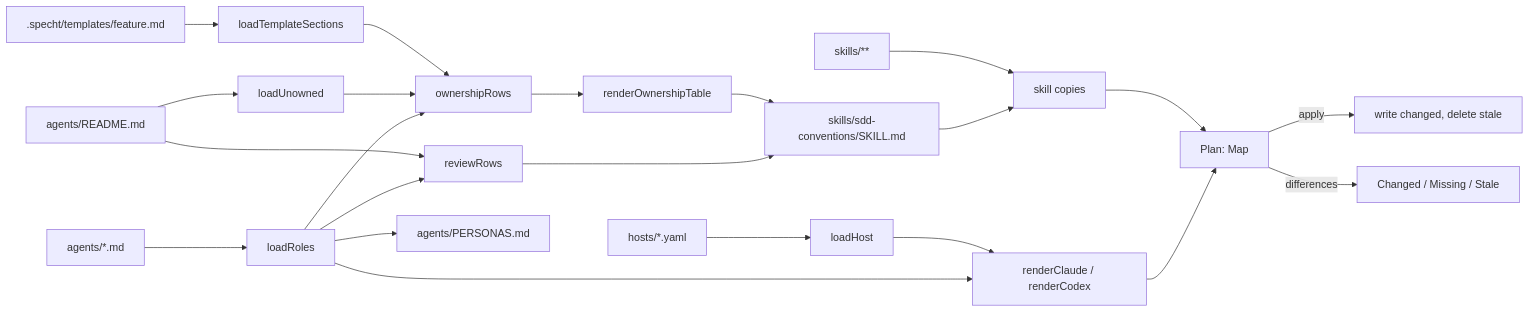
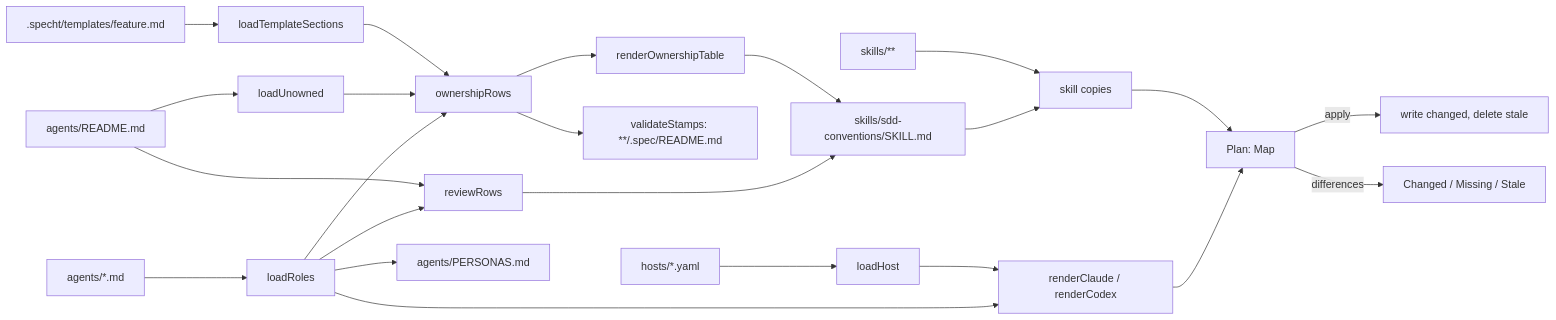
The diagram in scripts/.spec/README.md (RLittlesII/agents), drawn with Mermaid before and after one commit. The commit also changed other lines of this file and 4 other files, not shown here.

````diff
--- a/scripts/.spec/README.md
+++ b/scripts/.spec/README.md
@@ -129,18 +130,19 @@
 ```mermaid
 flowchart LR
   roles["agents/*.md"] --> load[loadRoles]
   readme["agents/README.md"] --> unowned[loadUnowned]
   hosts["hosts/*.yaml"] --> host[loadHost]
   template[".specht/templates/feature.md"] --> sections[loadTemplateSections]
   load & unowned & sections --> own[ownershipRows]
+  own --> stamps["validateStamps: **/.spec/README.md"]
   load & readme --> passes[reviewRows]
   passes --> companion
   own --> table[renderOwnershipTable]
   table --> companion["skills/sdd-conventions/SKILL.md"]
   load --> roster["agents/PERSONAS.md"]
   load & host --> render["renderClaude / renderCodex"]
   companion & skills["skills/**"] --> copy["skill copies"]
   render & copy --> plan["Plan: Map<path, byte[]>"]
   plan -->|apply| write["write changed, delete stale"]
   plan -->|differences| check["Changed / Missing / Stale"]
 ```
````
